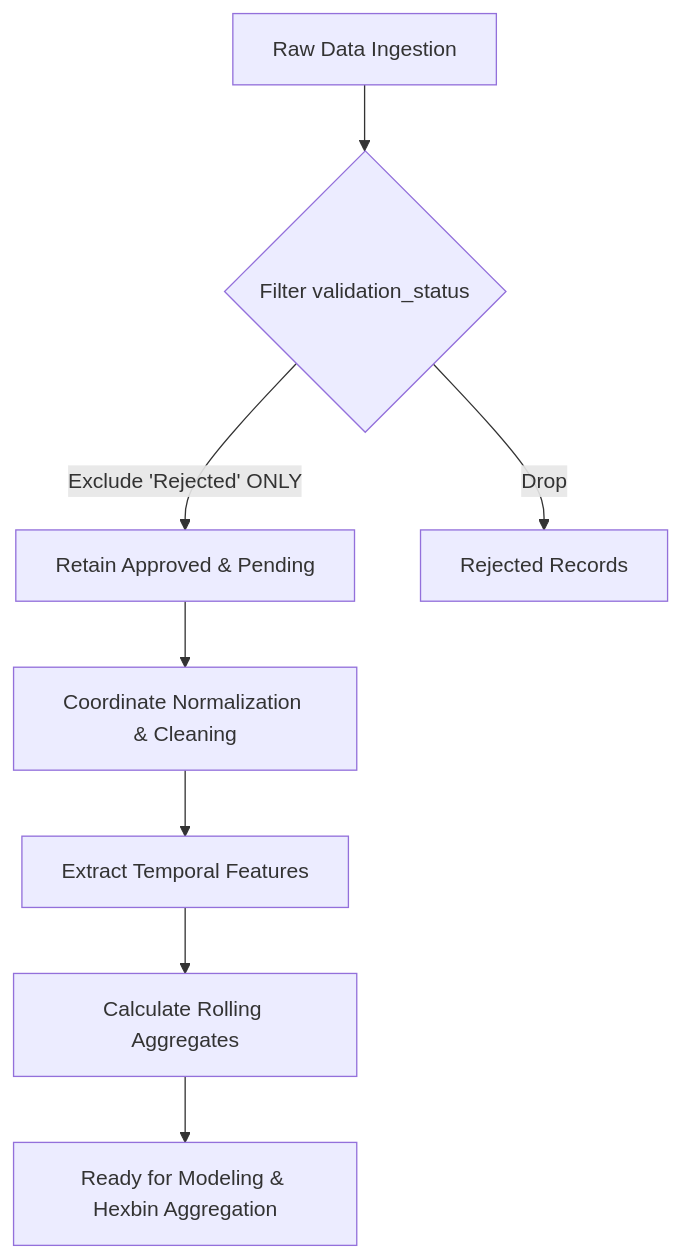
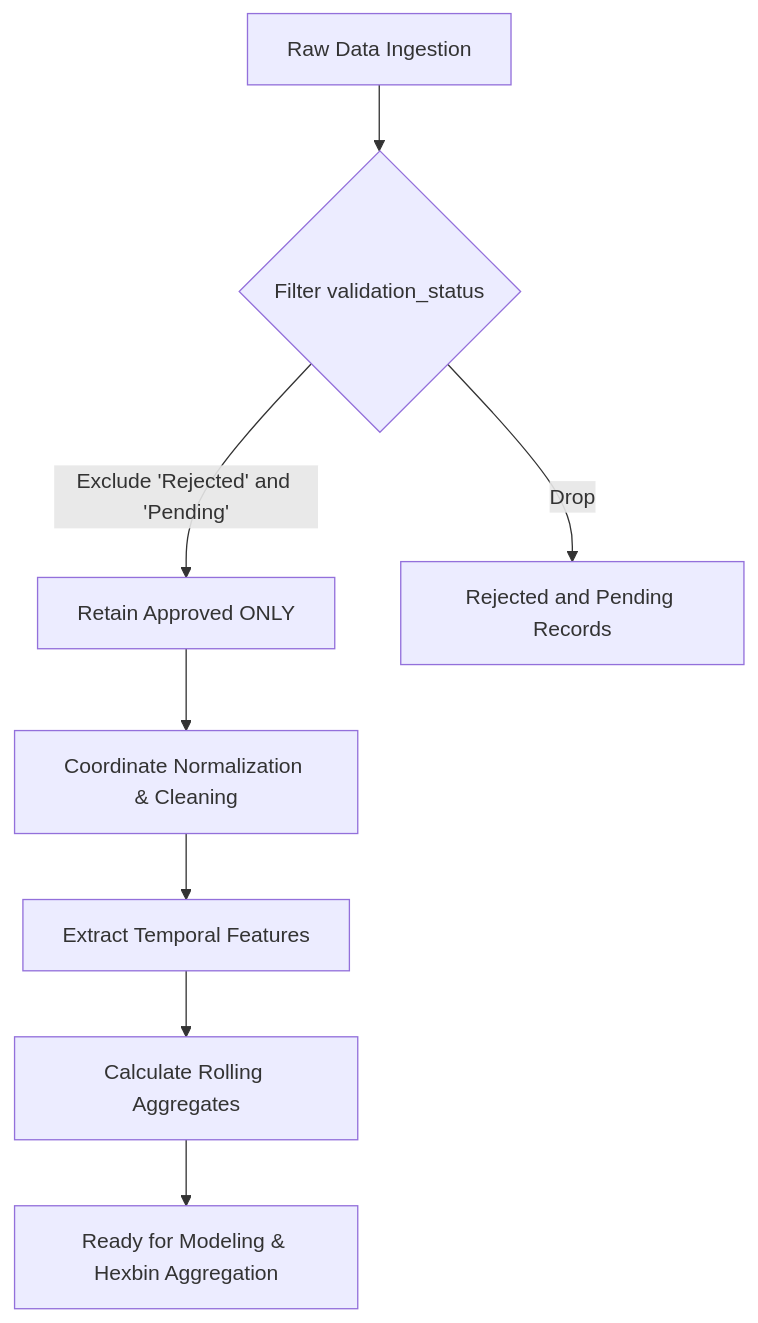
One commit to Abhishek86798/gridlock changed the second of 2 diagrams in README.md. Above: the diagram before and after it, drawn with Mermaid. The commit also changed other lines of this file, not shown here.

Commit message:
docs: resolve audit findings in README

````diff
--- a/README.md
+++ b/README.md
@@ -48,10 +48,10 @@
 ```mermaid
 flowchart TD
     A[Raw Data Ingestion] --> B{Filter validation_status}
-    B -->|Exclude 'Rejected' ONLY| C[Retain Approved & Pending]
-    B -->|Drop| D[Rejected Records]
+    B -->|Exclude 'Rejected' and 'Pending'| C[Retain Approved ONLY]
+    B -->|Drop| D[Rejected and Pending Records]
     C --> E[Coordinate Normalization & Cleaning]
     E --> F[Extract Temporal Features]
     F --> G[Calculate Rolling Aggregates]
     G --> H[Ready for Modeling & Hexbin Aggregation]
 ```
````
